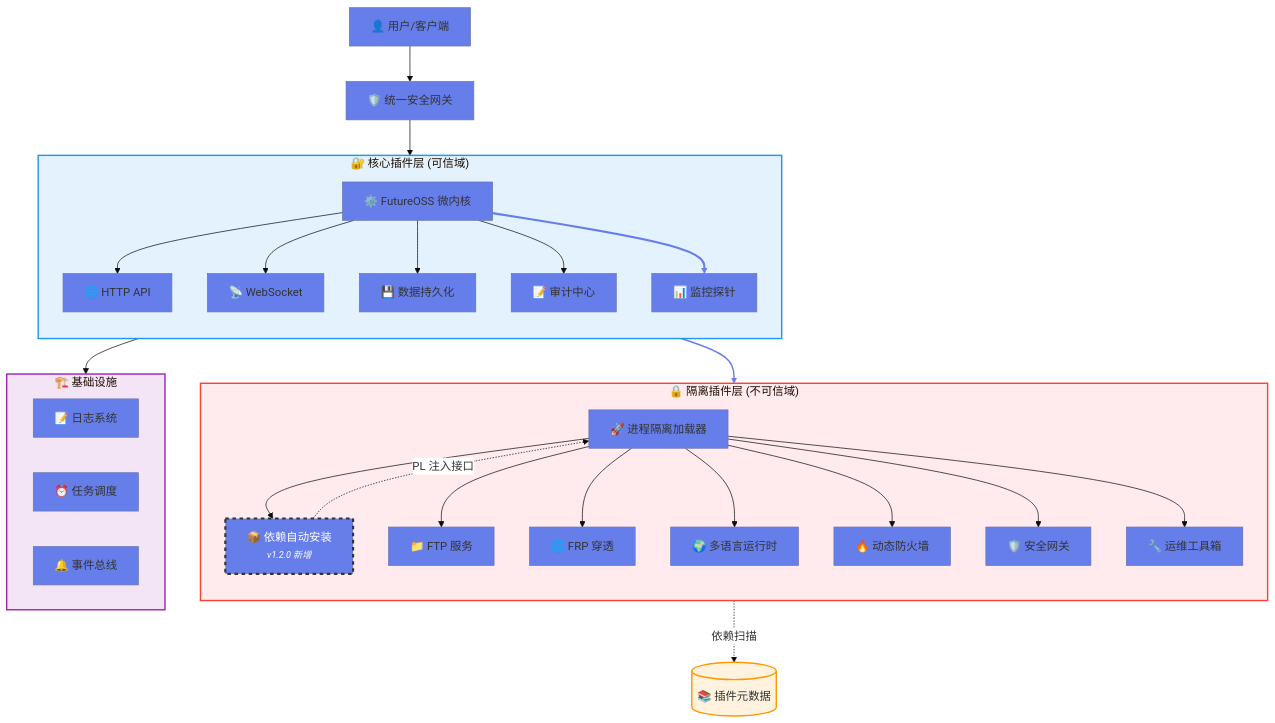
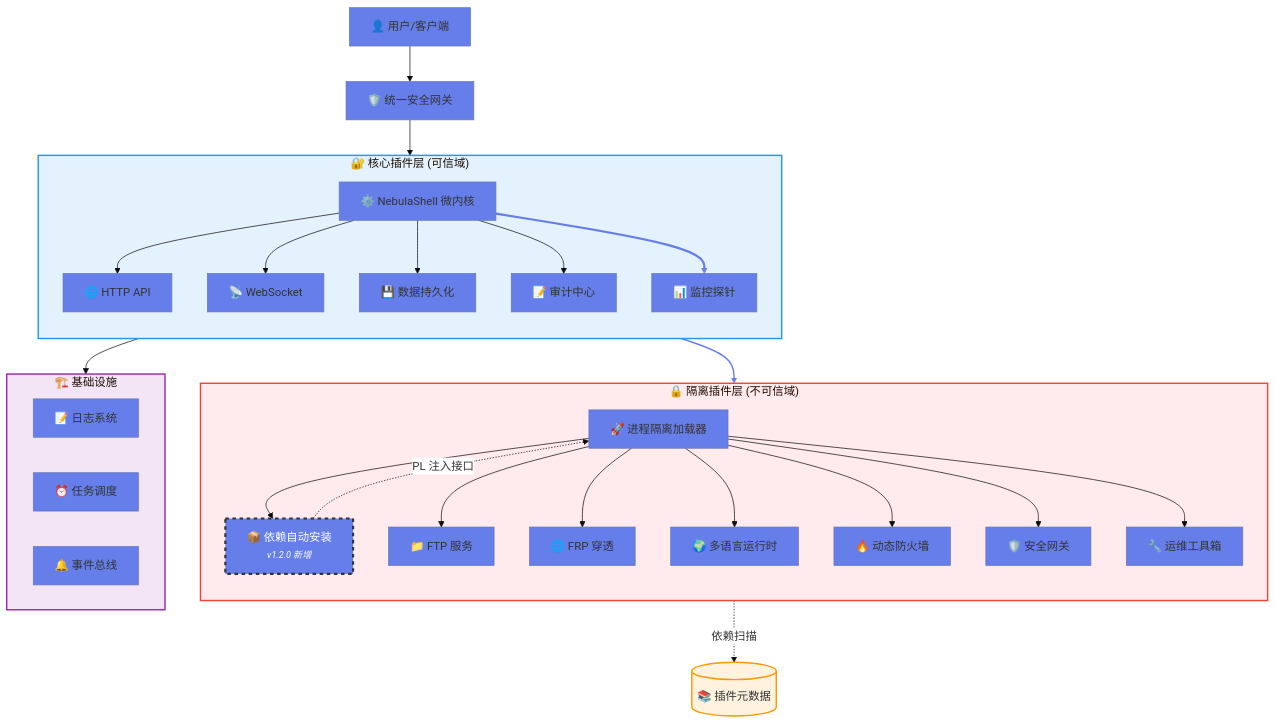
One commit to Starlight-apk/FutureOSS changed the first of 2 diagrams in README.md. Above: the diagram before and after it, drawn with Mermaid. The commit also changed other lines of this file and 302 other files, not shown here.

````diff
--- a/README.md
+++ b/README.md
@@ -214,47 +214,47 @@
 ```mermaid
 %%{init: {'theme': 'base', 'themeVariables': { 'primaryColor': '#667eea', 'edgeLabelBackground':'#fff', 'tertiaryColor': '#e3f2fd'}}}%%
 graph TB
     User[👤 用户/客户端] --> Gateway[🛡️ 统一安全网关]
-    Gateway --> Core[⚙️ FutureOSS 微内核]
+    Gateway --> Core[⚙️ NebulaShell 微内核]
     
     subgraph CoreLayer["🔐 核心插件层 (可信域)"]
         direction TB
         Core --> HTTP[🌐 HTTP API]
         Core --> WS[📡 WebSocket]
         Core --> DB[💾 数据持久化]
         Core --> Audit[📝 审计中心]
         Core --> Monitor[📊 监控探针]
     end
     
     subgraph IsolatedLayer["🔒 隔离插件层 (不可信域)"]
         direction TB
         Core --> Isolator[🚀 进程隔离加载器]
         
         Isolator --> AutoDep[📦 依赖自动安装<br/><i style='font-size:0.8em'>v1.2.0 新增</i>]
         Isolator --> FTP[📁 FTP 服务]
         Isolator --> FRP[🌐 FRP 穿透]
         Isolator --> MultiLang[🌍 多语言运行时]
         Isolator --> Firewall[🔥 动态防火墙]
         Isolator --> SecurityGW[🛡️ 安全网关]
         Isolator --> OpsTool[🔧 运维工具箱]
     end
     
     subgraph Infra["🏗️ 基础设施"]
         Logger[📝 日志系统]
         Scheduler[⏰ 任务调度]
         EventBus[🔔 事件总线]
     end
     
     Core --> Infra
     AutoDep -.->|PL 注入接口 | Isolator
     AutoDep -.->|依赖扫描 | PluginsDB[(📚 插件元数据)]
     
     style AutoDep fill:#667eea,stroke:#333,stroke-width:3px,color:#fff,stroke-dasharray: 5 5
     style CoreLayer fill:#e3f2fd,stroke:#2196f3,stroke-width:2px
     style IsolatedLayer fill:#ffebee,stroke:#f44336,stroke-width:2px
     style Infra fill:#f3e5f5,stroke:#9c27b0,stroke-width:2px
     style PluginsDB fill:#fff3e0,stroke:#ff9800,stroke-width:2px
     
     linkStyle 6 stroke:#667eea,stroke-width:3px,fill:none
     linkStyle 7 stroke:#667eea,stroke-width:2px,fill:none
 ```
````
